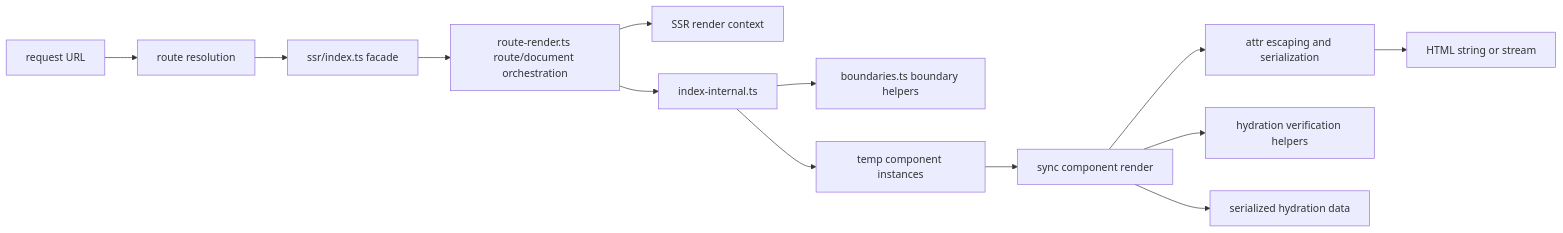
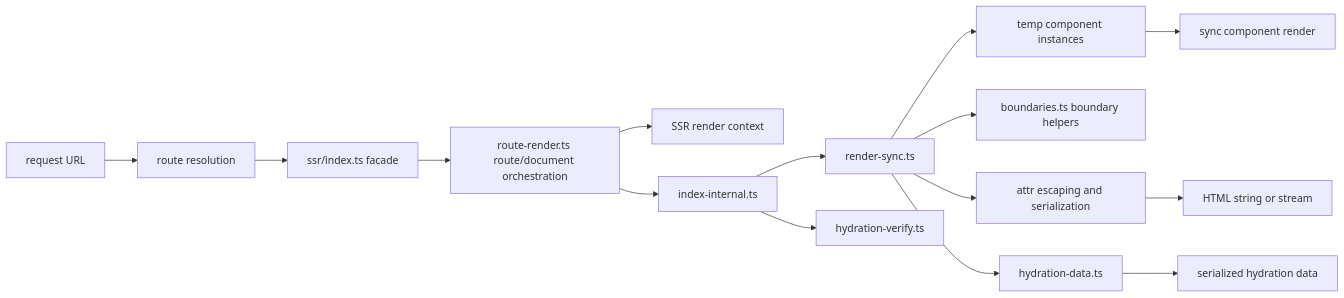
One commit to askrjs/askr changed the second of 7 diagrams in docs/internals/ssr-ssg-pipeline.md. Above: the diagram before and after it, drawn with Mermaid. The commit also changed other lines of this file and 41 other files, not shown here.

Commit message:
refactor architecture owner modules

````diff
--- a/docs/internals/ssr-ssg-pipeline.md
+++ b/docs/internals/ssr-ssg-pipeline.md
@@ -33,29 +33,33 @@
 ```mermaid
 flowchart LR
   url[request URL]
   routeResolve[route resolution]
   ssrContext[SSR render context]
   facade[ssr/index.ts facade]
   routeRender[route-render.ts route/document orchestration]
   internal[index-internal.ts]
+  renderSync[render-sync.ts]
+  hydrationData[hydration-data.ts]
   boundaries[boundaries.ts boundary helpers]
   componentInstance[temp component instances]
   syncRender[sync component render]
   attrs[attr escaping and serialization]
-  verify[hydration verification helpers]
+  verify[hydration-verify.ts]
   html[HTML string or stream]
   hydrateData[serialized hydration data]
 
   url --> routeResolve
   routeResolve --> facade
   facade --> routeRender
   routeRender --> ssrContext
   routeRender --> internal
-  internal --> boundaries
-  internal --> componentInstance
+  internal --> renderSync
+  internal --> verify
+  renderSync --> boundaries
+  renderSync --> componentInstance
   componentInstance --> syncRender
-  syncRender --> attrs
-  syncRender --> verify
+  renderSync --> attrs
   attrs --> html
-  syncRender --> hydrateData
+  renderSync --> hydrationData
+  hydrationData --> hydrateData
 ```
````
